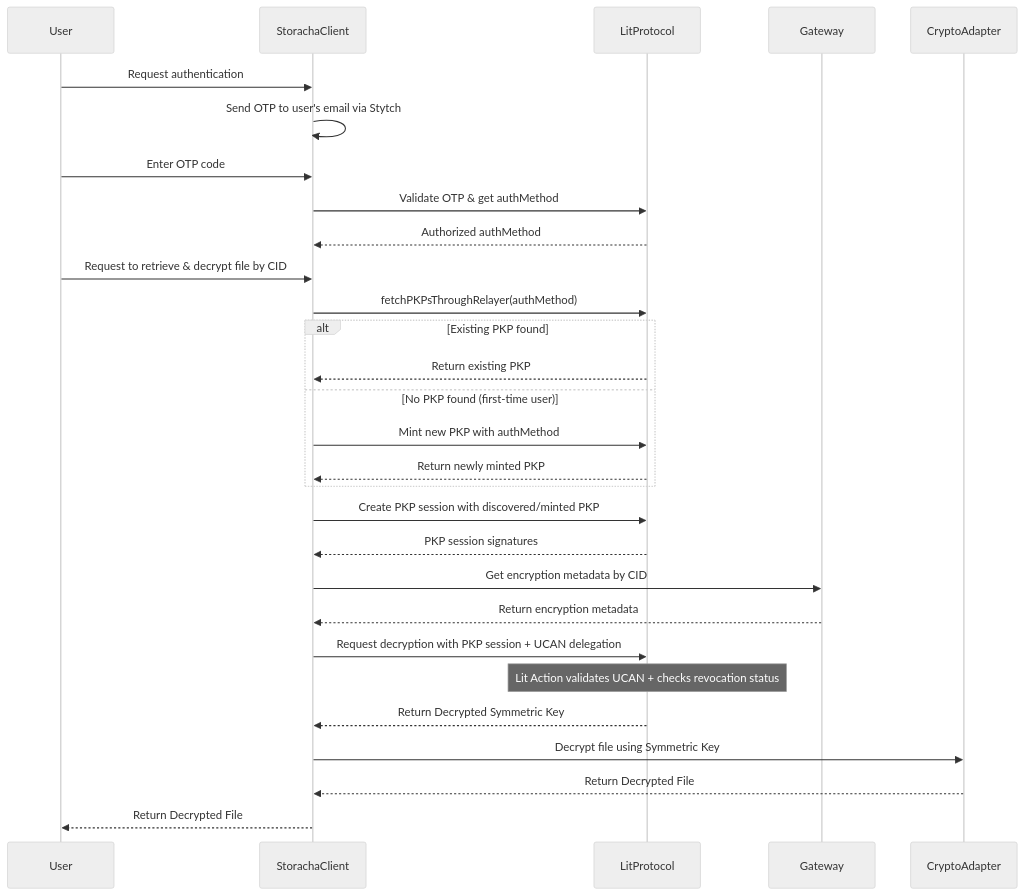
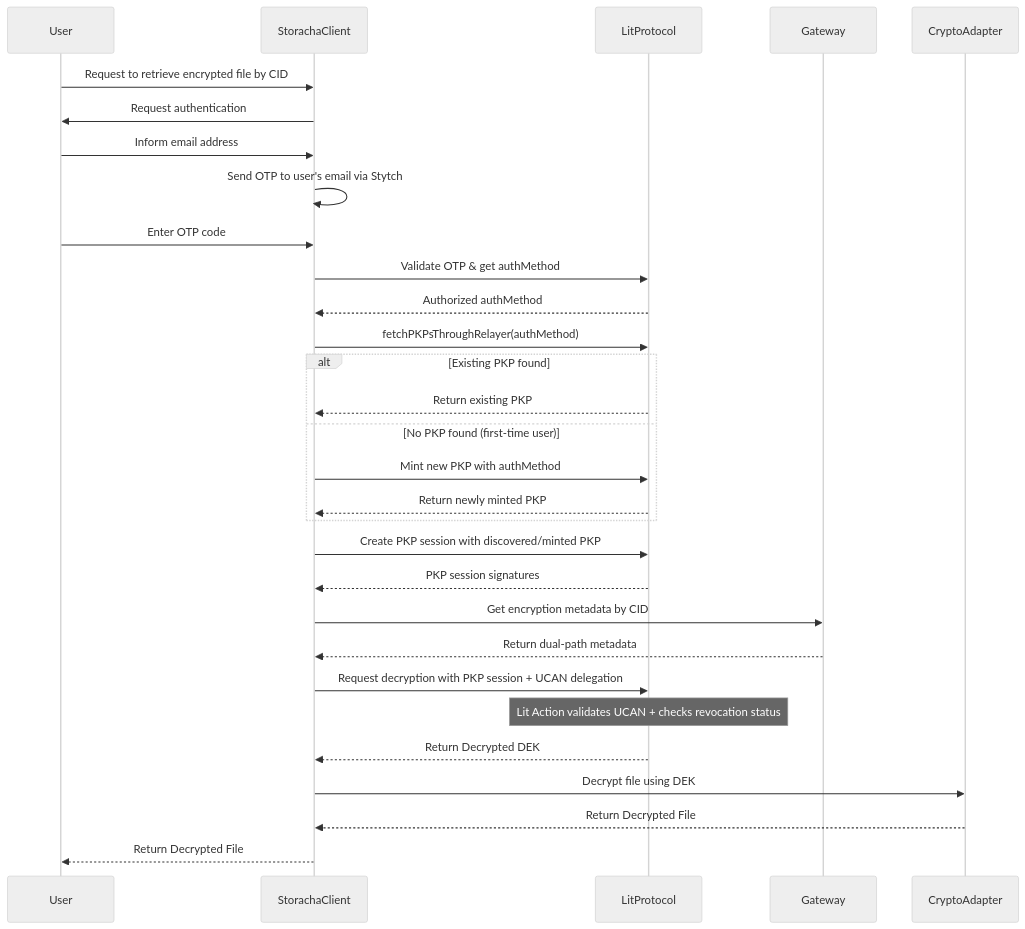
Before and after one commit to storacha/RFC: the third of 5 diagrams in client-side-encryption.md, drawn with Mermaid (neutral theme). The commit also changed other lines of this file, not shown here.

````diff
--- a/client-side-encryption.md
+++ b/client-side-encryption.md
@@ -227,34 +707,37 @@
 ```mermaid
 sequenceDiagram
     participant User
     participant StorachaClient
     participant LitProtocol
     participant Gateway
     participant CryptoAdapter
 
-    User->>StorachaClient: Request authentication
+    User->>StorachaClient: Request to retrieve encrypted file by CID
+    StorachaClient->>User: Request authentication
+    User->>StorachaClient: Inform email address
     StorachaClient->>StorachaClient: Send OTP to user's email via Stytch
     User->>StorachaClient: Enter OTP code
     StorachaClient->>LitProtocol: Validate OTP & get authMethod
     LitProtocol-->>StorachaClient: Authorized authMethod
-    User->>StorachaClient: Request to retrieve & decrypt file by CID
+
+
     StorachaClient->>LitProtocol: fetchPKPsThroughRelayer(authMethod)
 
     alt Existing PKP found
         LitProtocol-->>StorachaClient: Return existing PKP
     else No PKP found (first-time user)
         StorachaClient->>LitProtocol: Mint new PKP with authMethod
         LitProtocol-->>StorachaClient: Return newly minted PKP
     end
 
     StorachaClient->>LitProtocol: Create PKP session with discovered/minted PKP
     LitProtocol-->>StorachaClient: PKP session signatures
     StorachaClient->>Gateway: Get encryption metadata by CID
-    Gateway-->>StorachaClient: Return encryption metadata
+    Gateway-->>StorachaClient: Return dual-path metadata
     StorachaClient->>LitProtocol: Request decryption with PKP session + UCAN delegation
     Note over LitProtocol: Lit Action validates UCAN + checks revocation status
-    LitProtocol-->>StorachaClient: Return Decrypted Symmetric Key
-    StorachaClient->>CryptoAdapter: Decrypt file using Symmetric Key
+    LitProtocol-->>StorachaClient: Return Decrypted DEK
+    StorachaClient->>CryptoAdapter: Decrypt file using DEK
     CryptoAdapter-->>StorachaClient: Return Decrypted File
     StorachaClient-->>User: Return Decrypted File
 ```
````
